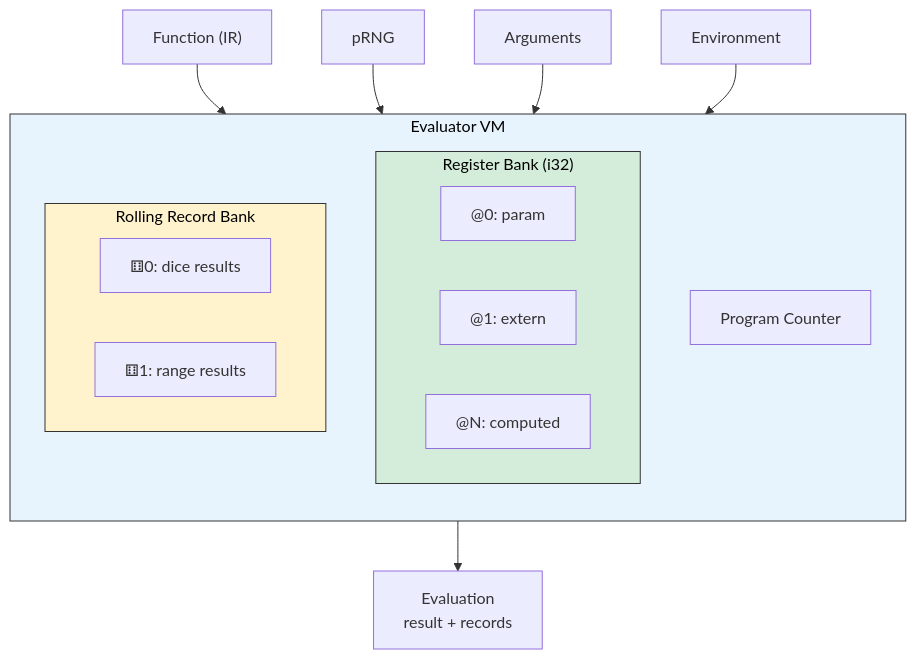
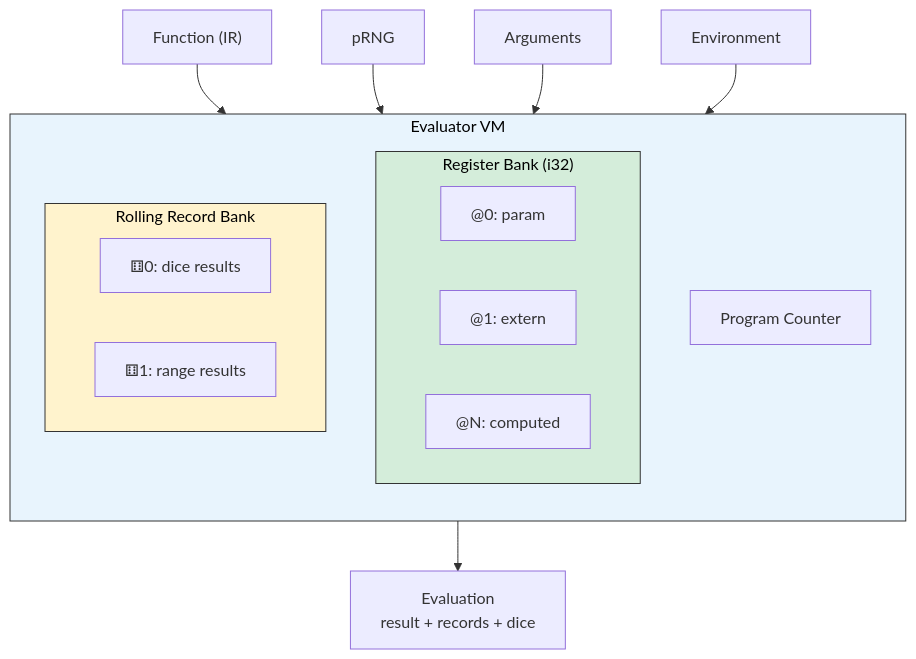
Before and after one commit to toddATavail/xdy: the second of 4 diagrams in xdy/README.md, drawn with Mermaid. The commit also changed other lines of this file and 105 other files, not shown here.

````diff
--- a/xdy/README.md
+++ b/xdy/README.md
@@ -100,24 +100,24 @@
 ```mermaid
 graph TD
     subgraph VM["Evaluator VM"]
         direction TB
         PC["Program Counter"]
         subgraph RF["Register Bank (i32)"]
             R0["@0: param"]
             R1["@1: extern"]
             RN["@N: computed"]
         end
         subgraph RR["Rolling Record Bank"]
             RR0["⚅0: dice results"]
             RR1["⚅1: range results"]
         end
     end
     F["Function (IR)"] --> PC
     RNG["pRNG"] --> RR
     ARGS["Arguments"] --> RF
     ENV["Environment"] --> RF
-    VM --> OUT["Evaluation<br/>result + records"]
+    VM --> OUT["Evaluation<br/>result + records + dice"]
     style VM fill:#e8f4fd,stroke:#333,color:#000
     style RF fill:#d4edda,stroke:#333,color:#000
     style RR fill:#fff3cd,stroke:#333,color:#000
 ```
````
